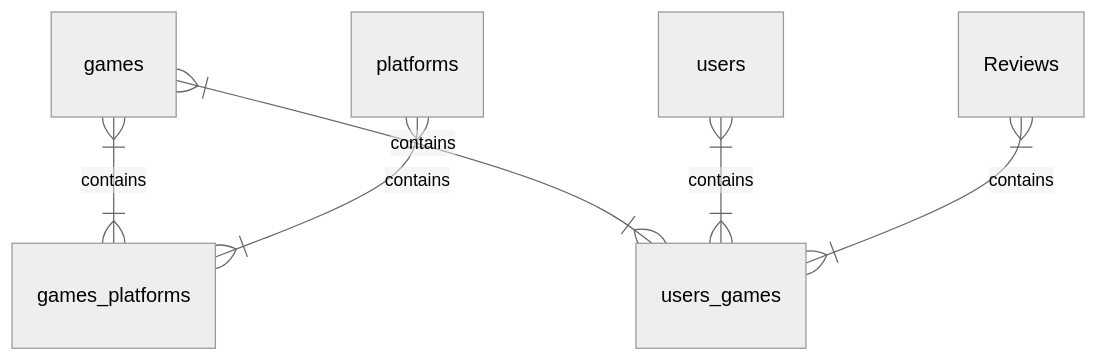
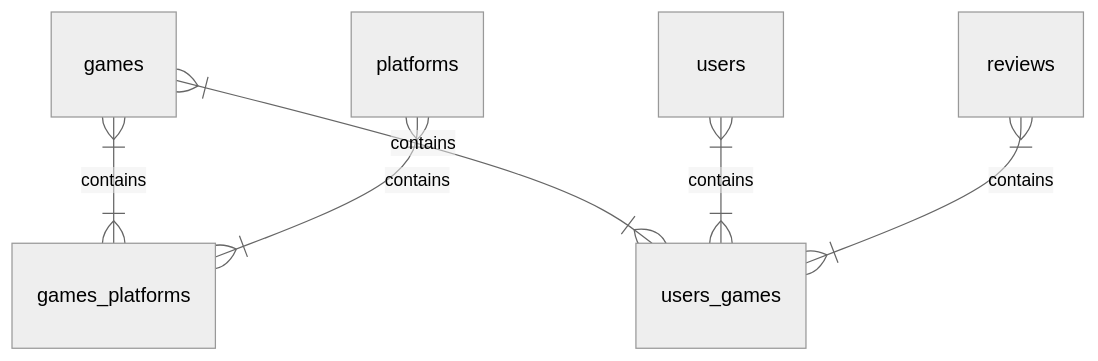
The first of 2 diagrams in README.md (Haikira/VGLogger), drawn with Mermaid (neutral theme) before and after one commit.

````diff
--- a/README.md
+++ b/README.md
@@ -28,9 +28,9 @@
 ``` mermaid
 erDiagram
 
         games }|--|{ games_platforms : "contains"
         platforms }|--|{ games_platforms : "contains"
         games }|--|{ users_games : "contains"
         users}|--|{ users_games : "contains"
-        Reviews }|--|{ users_games : "contains"
+        reviews }|--|{ users_games : "contains"
 ```
````
